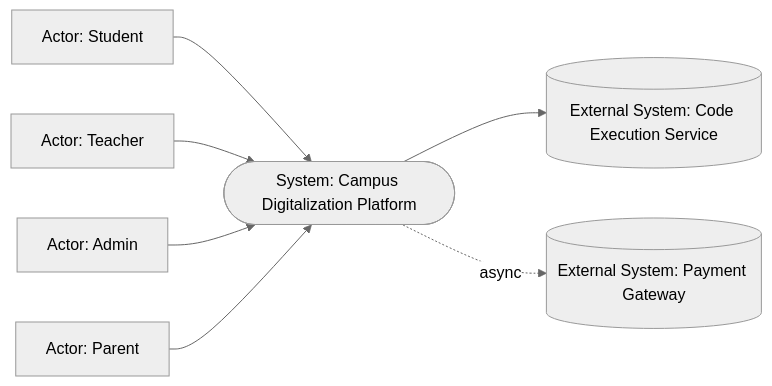
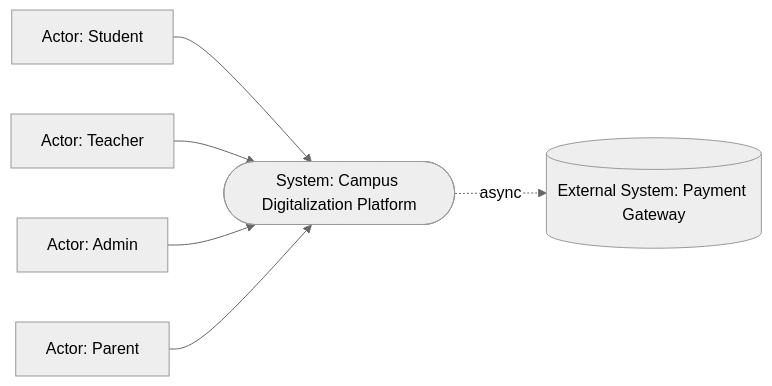
One commit to Z-Zenith/Omega changed the first of 6 diagrams in Campus platform architecture.md. Above: the diagram before and after it, drawn with Mermaid. The commit also changed other lines of this file, not shown here.

Commit message:
Reclassify Code Execution Service as self-hosted container and update related documentation

````diff
--- a/Campus platform architecture.md
+++ b/Campus platform architecture.md
@@ -186,18 +186,16 @@
 ```mermaid
 %%{init: {'theme': 'neutral'}}%%
 flowchart LR
     student["Actor: Student"]
     teacher["Actor: Teacher"]
     admin["Actor: Admin"]
     parent["Actor: Parent"]
     system(["System: Campus Digitalization Platform"])
-    cex[("External System: Code Execution Service")]
     pay[("External System: Payment Gateway")]
 
     student --> system
     teacher --> system
     admin --> system
     parent --> system
-    system --> cex
     system -. async .-> pay
 ```
````
